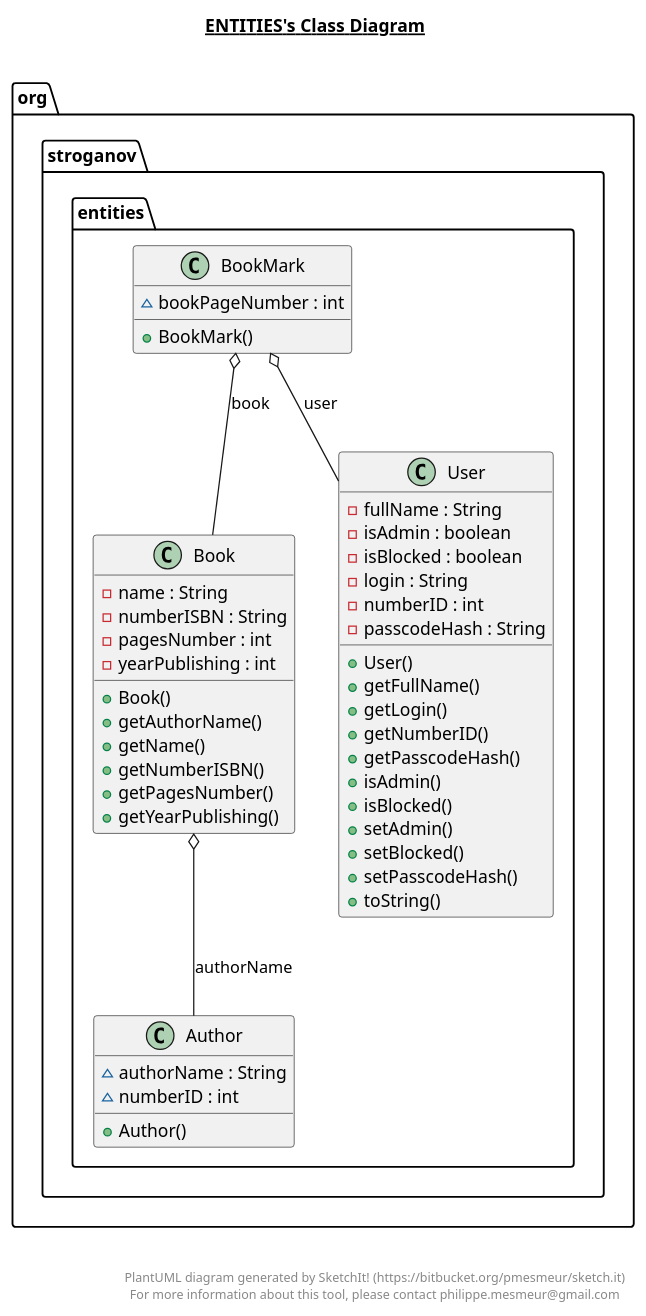
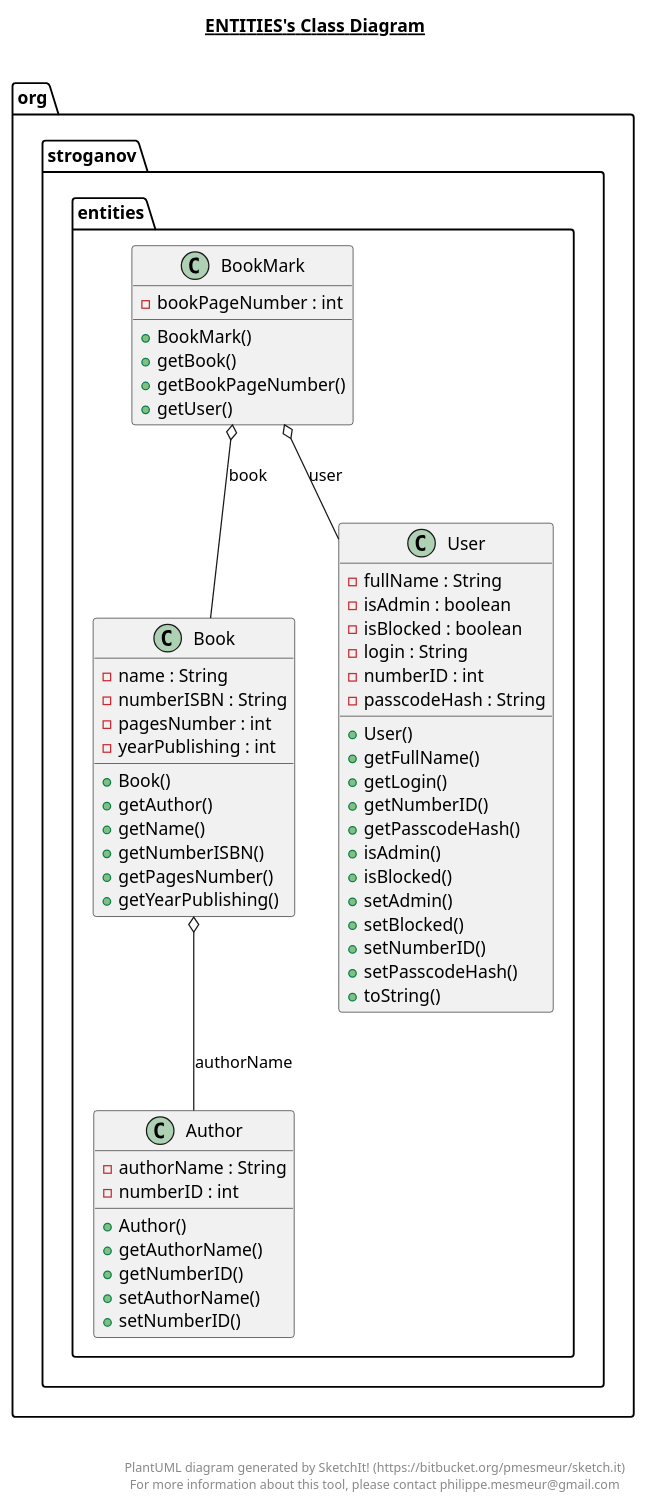
One commit to SergeyStroganoff/LibraryApp changed the diagram in src/main/java/org/stroganov/entities/entities.plantuml. Above: the diagram before and after it, drawn with PlantUML. The commit also changed 8 other files, not shown here.

```diff
--- a/src/main/java/org/stroganov/entities/entities.plantuml
+++ b/src/main/java/org/stroganov/entities/entities.plantuml
@@ -1,81 +1,89 @@
 @startuml
 
 title __ENTITIES's Class Diagram__\n
 
   namespace org.stroganov {
     namespace entities {
       class org.stroganov.entities.Author {
-          ~ authorName : String
-          ~ numberID : int
+          - authorName : String
+          - numberID : int
           + Author()
+          + getAuthorName()
+          + getNumberID()
+          + setAuthorName()
+          + setNumberID()
       }
     }
   }
   
 
   namespace org.stroganov {
     namespace entities {
       class org.stroganov.entities.Book {
           - name : String
           - numberISBN : String
           - pagesNumber : int
           - yearPublishing : int
           + Book()
-          + getAuthorName()
+          + getAuthor()
           + getName()
           + getNumberISBN()
           + getPagesNumber()
           + getYearPublishing()
       }
     }
   }
   
 
   namespace org.stroganov {
     namespace entities {
       class org.stroganov.entities.BookMark {
-          ~ bookPageNumber : int
+          - bookPageNumber : int
           + BookMark()
+          + getBook()
+          + getBookPageNumber()
+          + getUser()
       }
     }
   }
   
 
   namespace org.stroganov {
     namespace entities {
       class org.stroganov.entities.User {
           - fullName : String
           - isAdmin : boolean
           - isBlocked : boolean
           - login : String
           - numberID : int
           - passcodeHash : String
           + User()
           + getFullName()
           + getLogin()
           + getNumberID()
           + getPasscodeHash()
           + isAdmin()
           + isBlocked()
           + setAdmin()
           + setBlocked()
+          + setNumberID()
           + setPasscodeHash()
           + toString()
       }
     }
   }
   
 
   org.stroganov.entities.Book o-- org.stroganov.entities.Author : authorName
   org.stroganov.entities.BookMark o-- org.stroganov.entities.Book : book
   org.stroganov.entities.BookMark o-- org.stroganov.entities.User : user
 
 
 right footer
 
 
 PlantUML diagram generated by SketchIt! (https://bitbucket.org/pmesmeur/sketch.it)
 For more information about this tool, please contact philippe.mesmeur@gmail.com
 endfooter
 
 @enduml
```
